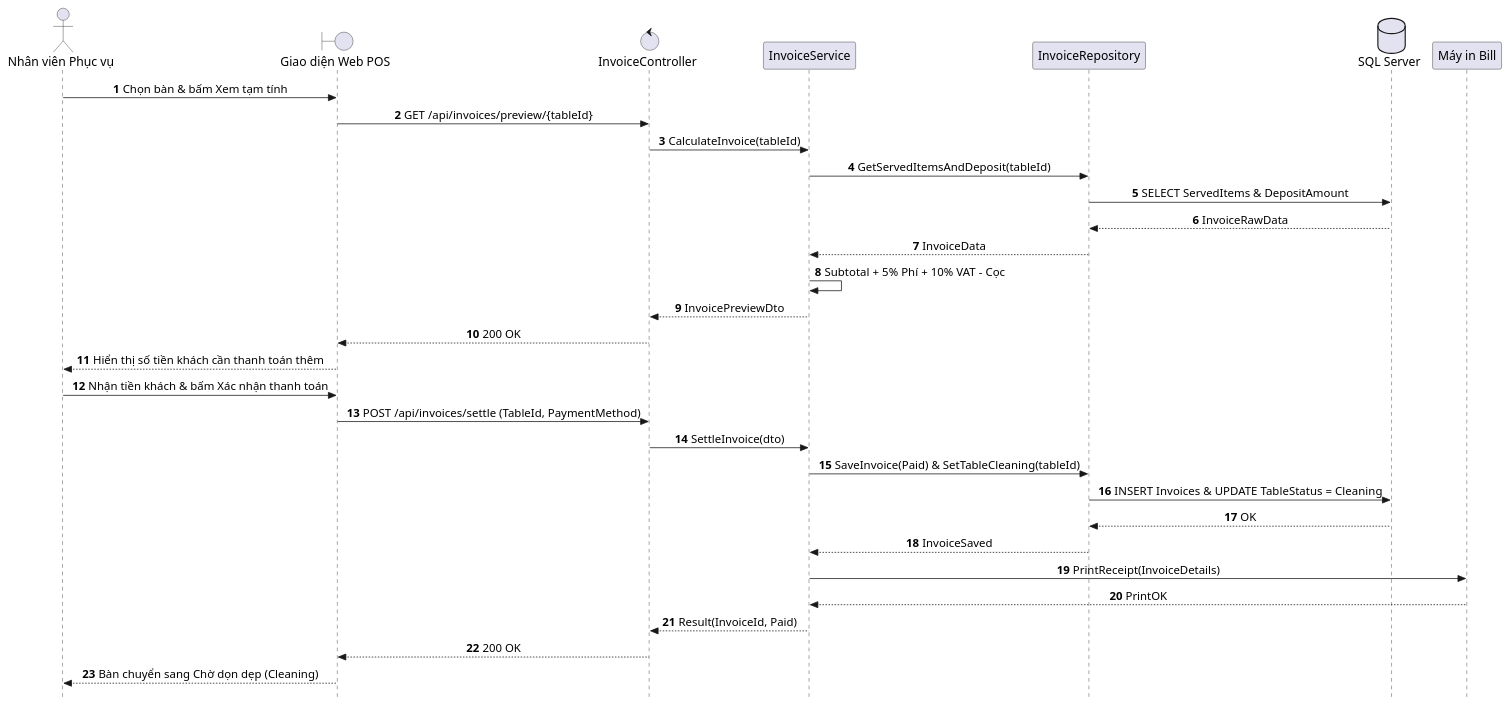
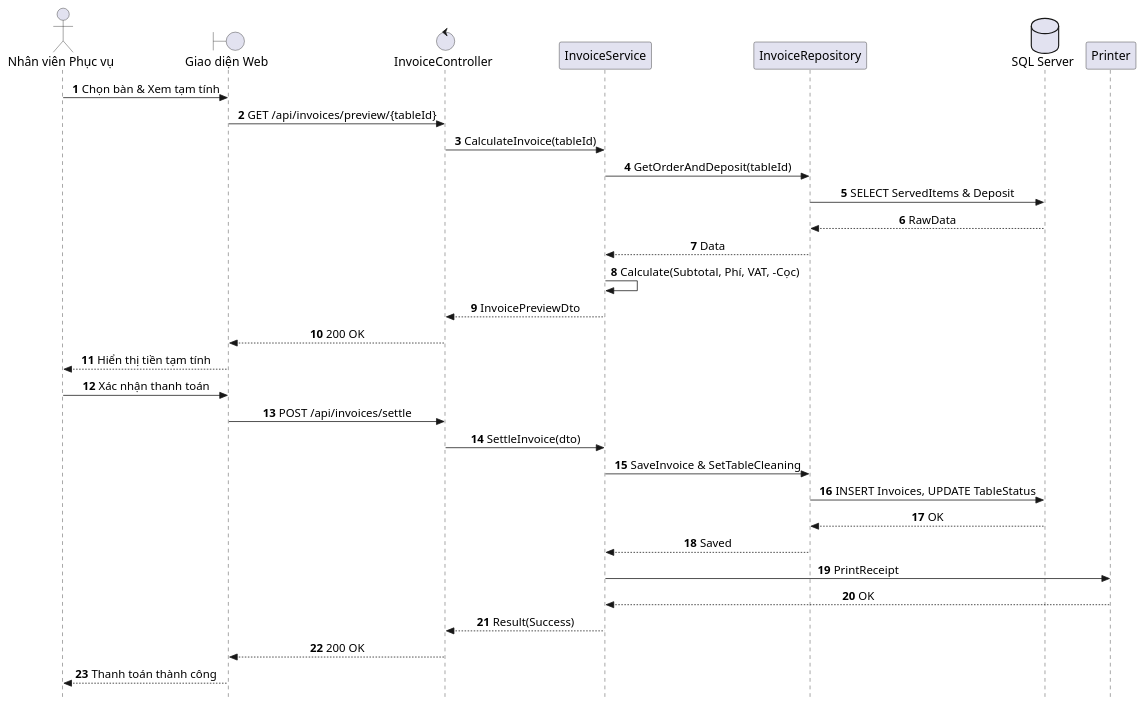
Before and after one commit to AndrewQng/VinDining: the diagram in docs/use-cases/UC-E3_Thanh_Toan_Can_Tru_Coc.md, drawn with PlantUML. The commit also changed other lines of this file and 87 other files, not shown here.

Commit message:
docs: add phase 1 use case specifications, sequence diagrams, and architecture diagrams

````diff
--- a/docs/use-cases/UC-E3_Thanh_Toan_Can_Tru_Coc.md
+++ b/docs/use-cases/UC-E3_Thanh_Toan_Can_Tru_Coc.md
@@ -1,48 +27,48 @@
 ```plantuml
 @startuml SD_UC_E3_Settle_Invoice
 autonumber
 skinparam style strictuml
 skinparam sequenceMessageAlign center
 skinparam responseMessageBelowArrow true
 skinparam defaultFontName "Segoe UI", Arial, sans-serif
 skinparam defaultFontSize 16
 skinparam sequenceActorFontSize 16
 skinparam sequenceParticipantFontSize 16
 skinparam sequenceArrowFontSize 15
 skinparam sequenceGroupFontSize 15
 skinparam sequenceGroupHeaderFontSize 15
 
 actor "Nhân viên Phục vụ" as Waitstaff
-boundary "Giao diện Web POS" as UI
+boundary "Giao diện Web" as UI
 control "InvoiceController" as Controller
 participant "InvoiceService" as Service
 participant "InvoiceRepository" as Repo
 database "SQL Server" as DB
-participant "Máy in Bill" as Printer
+participant "Printer" as Printer
 
-Waitstaff -> UI: Chọn bàn & bấm Xem tạm tính
+Waitstaff -> UI: Chọn bàn & Xem tạm tính
 UI -> Controller: GET /api/invoices/preview/{tableId}
 Controller -> Service: CalculateInvoice(tableId)
-Service -> Repo: GetServedItemsAndDeposit(tableId)
-Repo -> DB: SELECT ServedItems & DepositAmount
-DB --> Repo: InvoiceRawData
-Repo --> Service: InvoiceData
-Service -> Service: Subtotal + 5% Phí + 10% VAT - Cọc
+Service -> Repo: GetOrderAndDeposit(tableId)
+Repo -> DB: SELECT ServedItems & Deposit
+DB --> Repo: RawData
+Repo --> Service: Data
+Service -> Service: Calculate(Subtotal, Phí, VAT, -Cọc)
 Service --> Controller: InvoicePreviewDto
 Controller --> UI: 200 OK
-UI --> Waitstaff: Hiển thị số tiền khách cần thanh toán thêm
+UI --> Waitstaff: Hiển thị tiền tạm tính
 
-Waitstaff -> UI: Nhận tiền khách & bấm Xác nhận thanh toán
-UI -> Controller: POST /api/invoices/settle (TableId, PaymentMethod)
+Waitstaff -> UI: Xác nhận thanh toán
+UI -> Controller: POST /api/invoices/settle
 Controller -> Service: SettleInvoice(dto)
-Service -> Repo: SaveInvoice(Paid) & SetTableCleaning(tableId)
-Repo -> DB: INSERT Invoices & UPDATE TableStatus = Cleaning
+Service -> Repo: SaveInvoice & SetTableCleaning
+Repo -> DB: INSERT Invoices, UPDATE TableStatus
 DB --> Repo: OK
-Repo --> Service: InvoiceSaved
-Service -> Printer: PrintReceipt(InvoiceDetails)
-Printer --> Service: PrintOK
-Service --> Controller: Result(InvoiceId, Paid)
+Repo --> Service: Saved
+Service -> Printer: PrintReceipt
+Printer --> Service: OK
+Service --> Controller: Result(Success)
 Controller --> UI: 200 OK
-UI --> Waitstaff: Bàn chuyển sang Chờ dọn dẹp (Cleaning)
+UI --> Waitstaff: Thanh toán thành công
 @enduml
 ```
````
